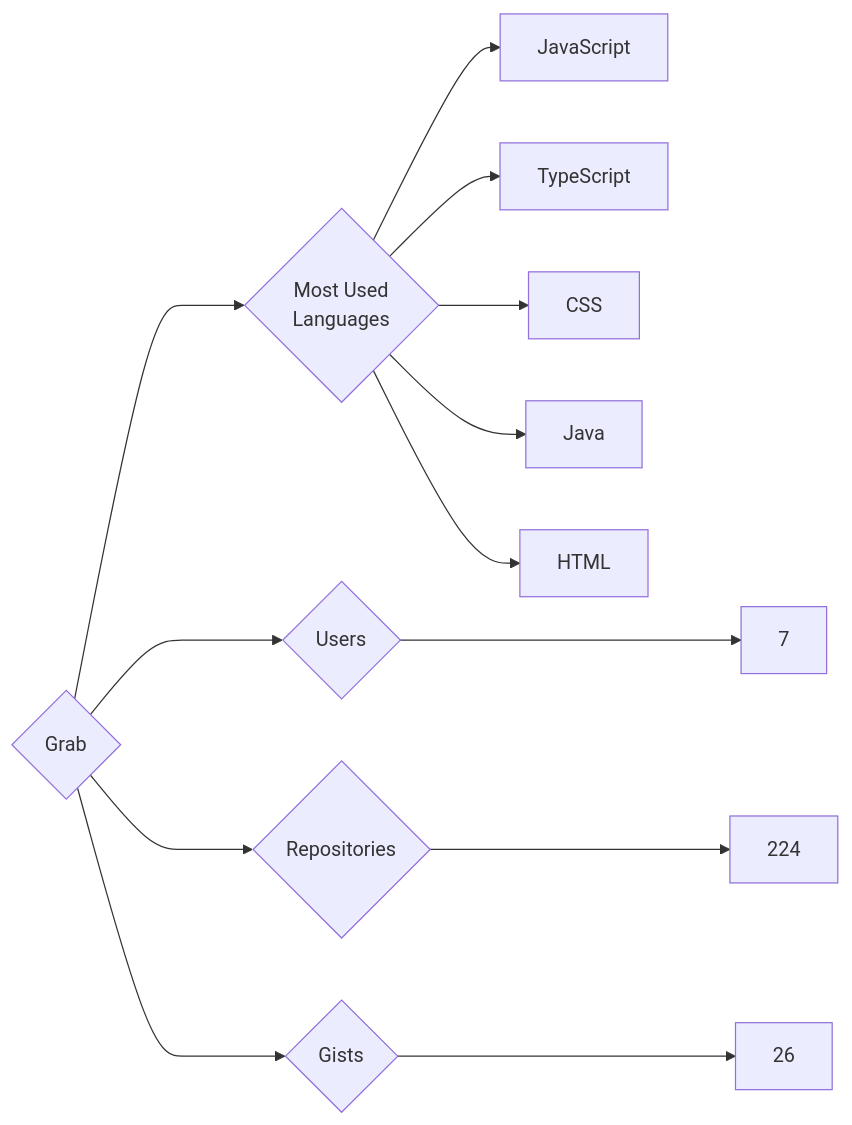
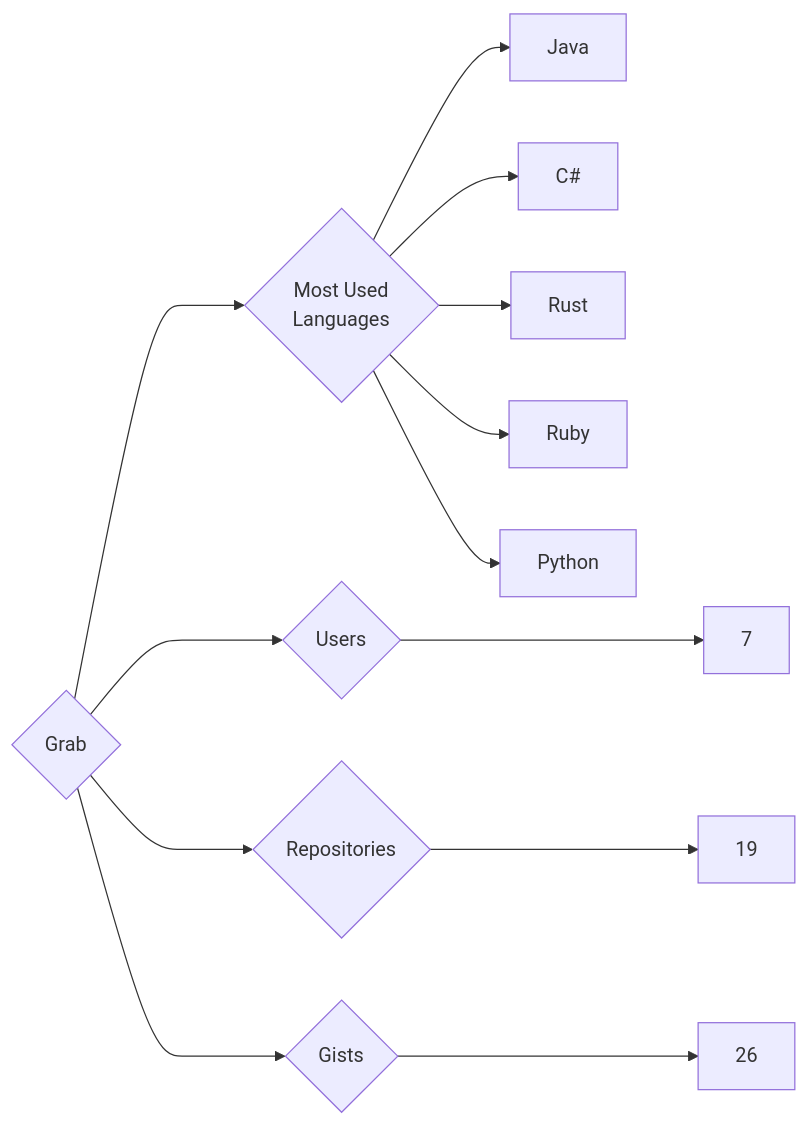
The diagram in targets/Grab/README.md (trickest/insiders), drawn with Mermaid before and after one commit. The commit also changed 815 other files, not shown here.

````diff
--- a/targets/Grab/README.md
+++ b/targets/Grab/README.md
@@ -3,13 +3,13 @@
 ```mermaid
 graph LR
 COMPANY_NAME{Grab}
 COMPANY_NAME ---> U{Users} ---> UN[7]
-COMPANY_NAME ---> R{Repositories} ---> RN[224]
+COMPANY_NAME ---> R{Repositories} ---> RN[19]
 COMPANY_NAME ---> G{Gists} ---> GN[26]
 COMPANY_NAME ---> ML{Most Used<br>Languages}
-ML --> JavaScript[JavaScript]
-ML --> TypeScript[TypeScript]
-ML --> CSS[CSS]
 ML --> Java[Java]
-ML --> HTML[HTML]
+ML --> C#[C#]
+ML --> Rust[Rust]
+ML --> Ruby[Ruby]
+ML --> Python[Python]
 ```
````
